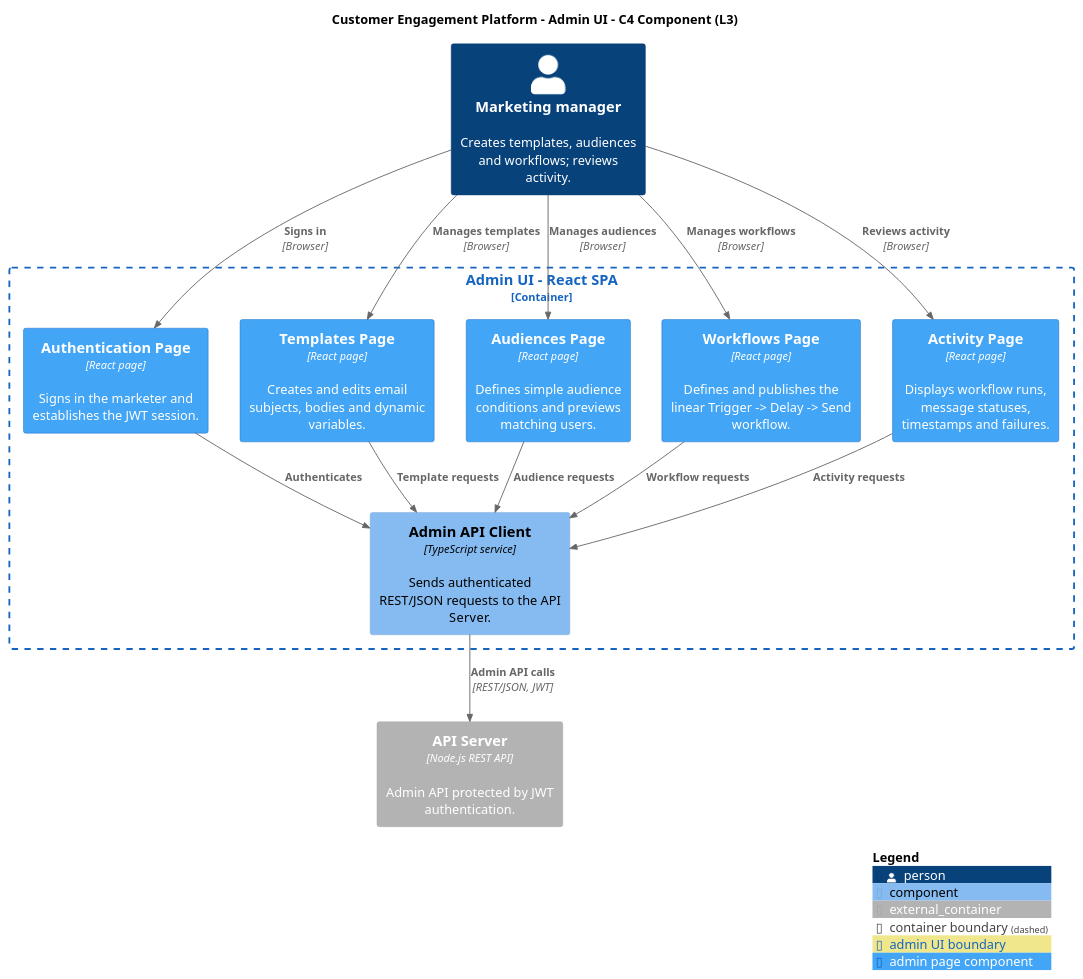
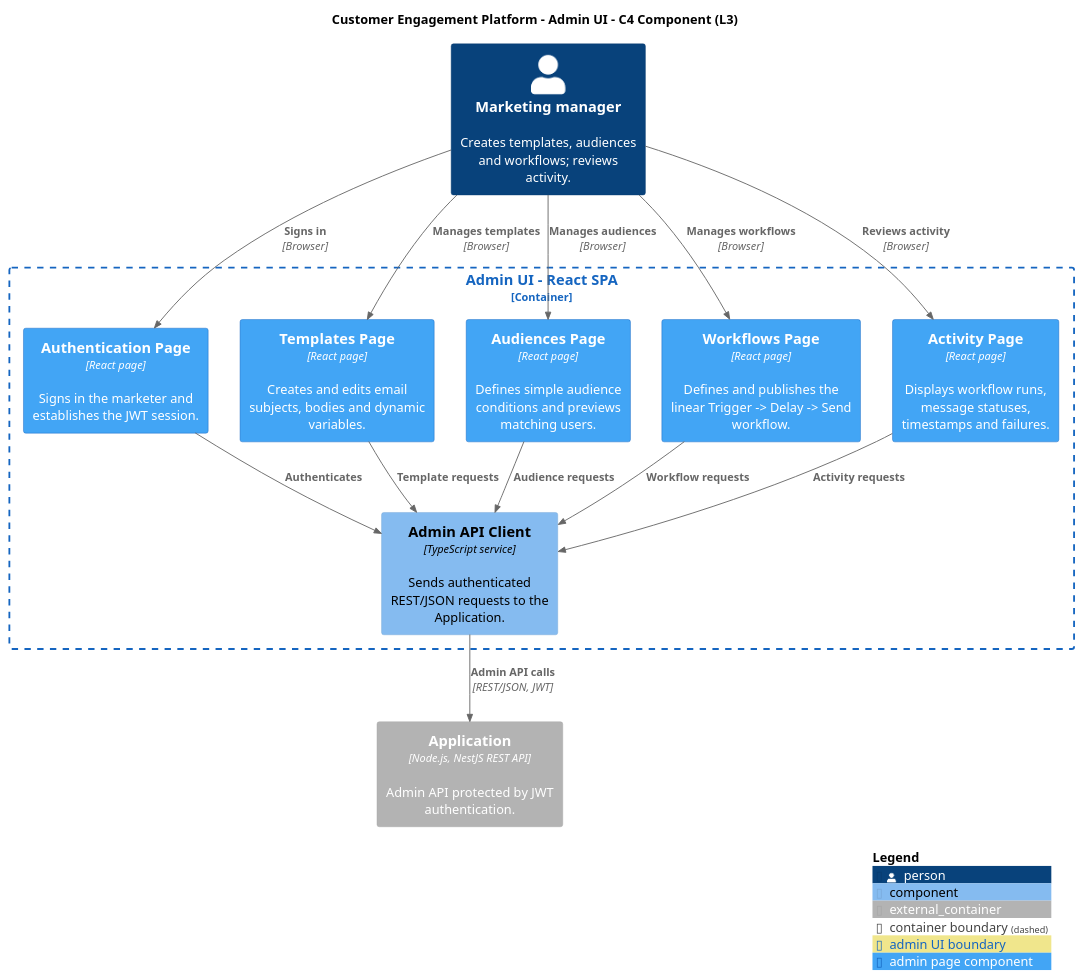
The diagram in documentation/c4-component-admin-ui.puml (myroslavve/customer-engagement-platform), drawn with PlantUML before and after one commit. The commit also changed 17 other files, not shown here.

```diff
--- a/documentation/c4-component-admin-ui.puml
+++ b/documentation/c4-component-admin-ui.puml
@@ -1,40 +1,40 @@
 @startuml
 !include <C4/C4_Component>
 
 title Customer Engagement Platform - Admin UI - C4 Component (L3)
 
 AddBoundaryTag("ui", $borderColor="#1565C0", $fontColor="#1565C0", $borderThickness="2", $legendText="admin UI boundary")
 AddComponentTag("page", $bgColor="#42A5F5", $borderColor="#1565C0", $fontColor="#ffffff", $legendText="admin page component")
 
 Person(marketer, "Marketing manager", "Creates templates, audiences and workflows; reviews activity.")
-Container_Ext(api, "API Server", "Node.js REST API", "Admin API protected by JWT authentication.")
+Container_Ext(api, "Application", "Node.js, NestJS REST API", "Admin API protected by JWT authentication.")
 
 Container_Boundary(adminUi, "Admin UI - React SPA", $tags="ui") {
   Component(authPage, "Authentication Page", "React page", "Signs in the marketer and establishes the JWT session.", $tags="page")
   Component(templatesPage, "Templates Page", "React page", "Creates and edits email subjects, bodies and dynamic variables.", $tags="page")
   Component(audiencesPage, "Audiences Page", "React page", "Defines simple audience conditions and previews matching users.", $tags="page")
   Component(workflowsPage, "Workflows Page", "React page", "Defines and publishes the linear Trigger -> Delay -> Send workflow.", $tags="page")
   Component(activityPage, "Activity Page", "React page", "Displays workflow runs, message statuses, timestamps and failures.", $tags="page")
-  Component(apiClient, "Admin API Client", "TypeScript service", "Sends authenticated REST/JSON requests to the API Server.")
+  Component(apiClient, "Admin API Client", "TypeScript service", "Sends authenticated REST/JSON requests to the Application.")
 }
 
 Rel(marketer, authPage, "Signs in", "Browser")
 Rel(marketer, templatesPage, "Manages templates", "Browser")
 Rel(marketer, audiencesPage, "Manages audiences", "Browser")
 Rel(marketer, workflowsPage, "Manages workflows", "Browser")
 Rel(marketer, activityPage, "Reviews activity", "Browser")
 Rel(authPage, apiClient, "Authenticates")
 Rel(templatesPage, apiClient, "Template requests")
 Rel(audiencesPage, apiClient, "Audience requests")
 Rel(workflowsPage, apiClient, "Workflow requests")
 Rel(activityPage, apiClient, "Activity requests")
 Rel(apiClient, api, "Admin API calls", "REST/JSON, JWT")
 
 Lay_R(authPage, templatesPage)
 Lay_R(templatesPage, audiencesPage)
 Lay_R(audiencesPage, workflowsPage)
 Lay_R(workflowsPage, activityPage)
 Lay_D(templatesPage, apiClient)
 
 SHOW_LEGEND()
 @enduml
```
